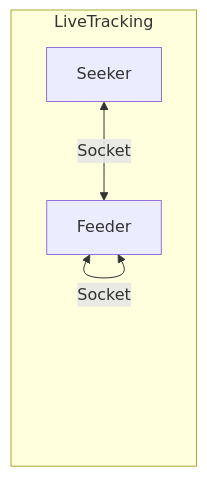
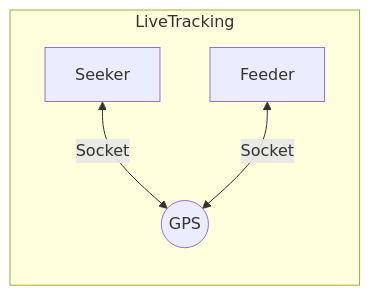
The third of 3 diagrams in Design.md (Jaivignesh-afk/example), drawn with Mermaid before and after one commit. The commit also changed other lines of this file, not shown here.

Commit message:
Design.md updated from https://stackedit.io/

````diff
--- a/Design.md
+++ b/Design.md
@@ -18,7 +18,8 @@
 ```mermaid
  flowchart LR
  subgraph LiveTracking
+
  A[Seeker] <--Socket--> B((GPS))
- B[Feeder] <--Socket--> B
+ C[Feeder] <--Socket--> B
  end
 ```
````
